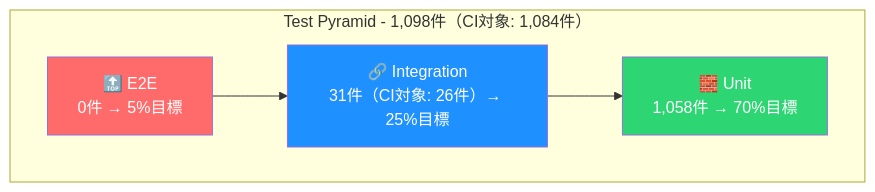
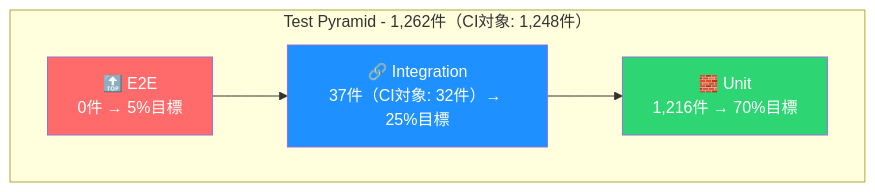
One commit to yaoki-dev/api-test-devops-portfolio changed the second of 3 diagrams in README.md. Above: the diagram before and after it, drawn with Mermaid. The commit also changed other lines of this file and 4 other files, not shown here.

````diff
--- a/README.md
+++ b/README.md
@@ -303,13 +305,13 @@
 ```mermaid
 graph TB
-    subgraph "Test Pyramid - 1,098件（CI対象: 1,084件）"
+    subgraph "Test Pyramid - 1,262件（CI対象: 1,248件）"
         E2E["🔝 E2E<br/>0件 → 5%目標"]
-        Integration["🔗 Integration<br/>31件（CI対象: 26件）→ 25%目標"]
-        Unit["🧱 Unit<br/>1,058件 → 70%目標"]
+        Integration["🔗 Integration<br/>37件（CI対象: 32件）→ 25%目標"]
+        Unit["🧱 Unit<br/>1,216件 → 70%目標"]
     end
     E2E --> Integration --> Unit
 
     style E2E fill:#ff6b6b,color:#fff
     style Integration fill:#1e90ff,color:#fff
     style Unit fill:#2ed573,color:#fff
 ```
````
